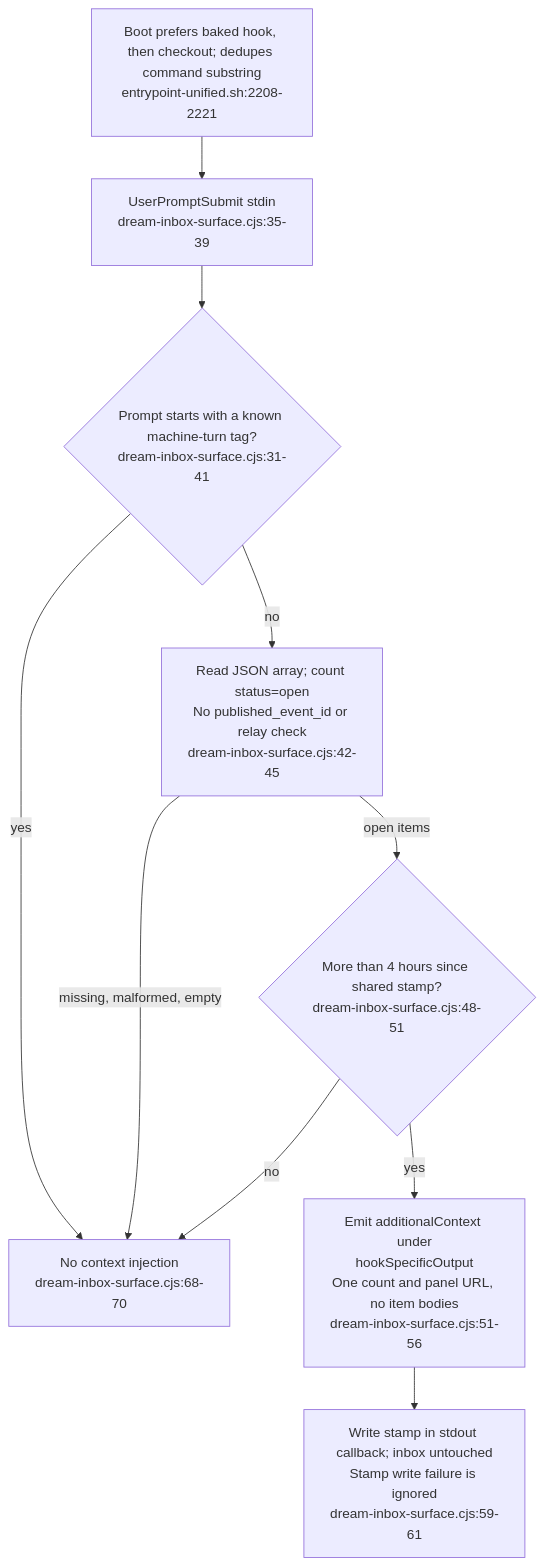
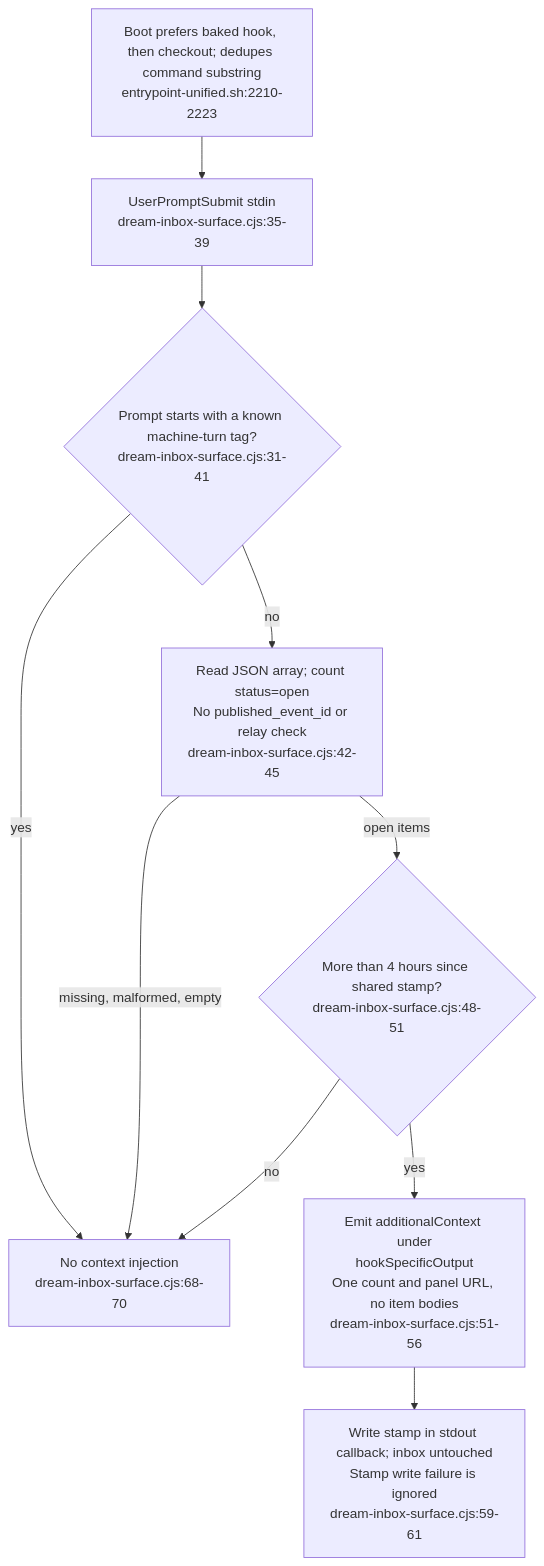
Before and after one commit to DreamLab-AI/VisionFlow: the ninth of 24 diagrams in docs/diagrams/agentbox/23-dream-engine.md, drawn with Mermaid. The commit also changed other lines of this file, not shown here.

First line of the commit message:
docs(diagrams): re-stamp AB-23 dream engine at agentbox 720e0d896 and dream-engine b40d507

````diff
--- a/docs/diagrams/agentbox/23-dream-engine.md
+++ b/docs/diagrams/agentbox/23-dream-engine.md
@@ -338,12 +338,12 @@
 ```mermaid
 flowchart TB
-    BOOT["Boot prefers baked hook, then checkout; dedupes command substring<br/>entrypoint-unified.sh:2208-2221"] --> INPUT["UserPromptSubmit stdin<br/>dream-inbox-surface.cjs:35-39"]
+    BOOT["Boot prefers baked hook, then checkout; dedupes command substring<br/>entrypoint-unified.sh:2210-2223"] --> INPUT["UserPromptSubmit stdin<br/>dream-inbox-surface.cjs:35-39"]
     INPUT --> MACHINE{"Prompt starts with a known machine-turn tag?<br/>dream-inbox-surface.cjs:31-41"}
     MACHINE -->|yes| EXIT["No context injection<br/>dream-inbox-surface.cjs:68-70"]
     MACHINE -->|no| READ["Read JSON array; count status=open<br/>No published_event_id or relay check<br/>dream-inbox-surface.cjs:42-45"]
     READ -->|"missing, malformed, empty"| EXIT
     READ -->|"open items"| TIME{"More than 4 hours since shared stamp?<br/>dream-inbox-surface.cjs:48-51"}
     TIME -->|no| EXIT
     TIME -->|yes| OUT["Emit additionalContext under<br/>hookSpecificOutput<br/>One count and panel URL, no item bodies<br/>dream-inbox-surface.cjs:51-56"]
     OUT --> STAMP["Write stamp in stdout callback; inbox untouched<br/>Stamp write failure is ignored<br/>dream-inbox-surface.cjs:59-61"]
 ```
````
